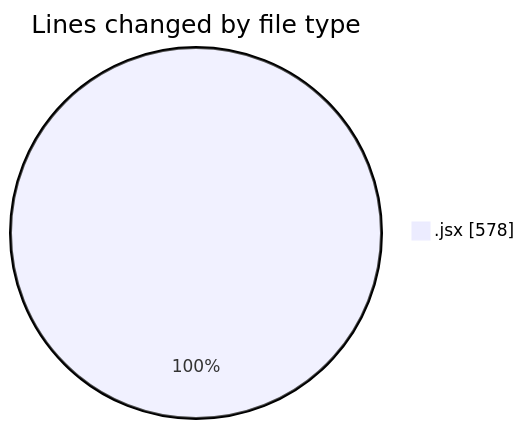
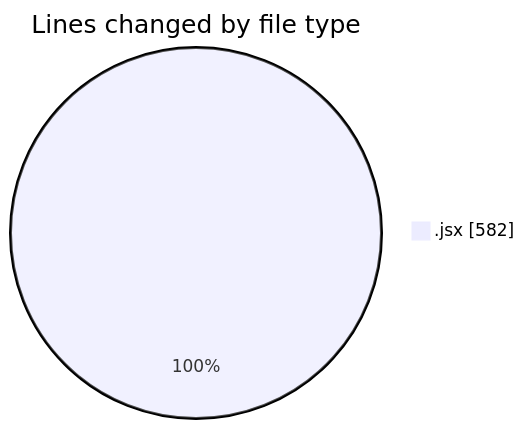
The first of 2 diagrams in 2025-07-03/argos/README.md (nxtqubesakshisongat/code-tracking), drawn with Mermaid before and after one commit. The commit also changed other lines of this file and 1 other file, not shown here.

````diff
--- a/2025-07-03/argos/README.md
+++ b/2025-07-03/argos/README.md
@@ -20,5 +20,5 @@
 ```mermaid
 pie showData
 title Lines changed by file type
-".jsx" : 578
+".jsx" : 582
 ```
````
